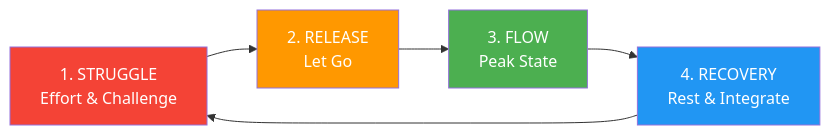
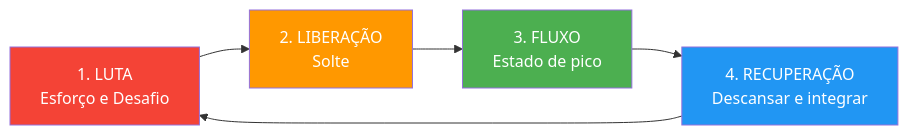
Before and after one commit to patwii/petanque-academy: the second of 2 diagrams in docs/pt/articles/flow-state-science.md, drawn with Mermaid. The commit also changed other lines of this file and 550 other files, not shown here.

````diff
--- a/docs/pt/articles/flow-state-science.md
+++ b/docs/pt/articles/flow-state-science.md
@@ -156,12 +156,12 @@
 ```mermaid
 flowchart LR
-    A[1. STRUGGLE<br/>Effort & Challenge] --> B[2. RELEASE<br/>Let Go]
-    B --> C[3. FLOW<br/>Peak State]
-    C --> D[4. RECOVERY<br/>Rest & Integrate]
+    A[1. LUTA <br/> Esforço e Desafio] --> B[2. LIBERAÇÃO <br/> Solte]
+    B --> C[3. FLUXO <br/> Estado de pico]
+    C --> D[4. RECUPERAÇÃO <br/> Descansar e integrar]
     D --> A
 
     style A fill:#f44336,color:#fff
     style B fill:#FF9800,color:#fff
     style C fill:#4CAF50,color:#fff
     style D fill:#2196F3,color:#fff
 ```
````
